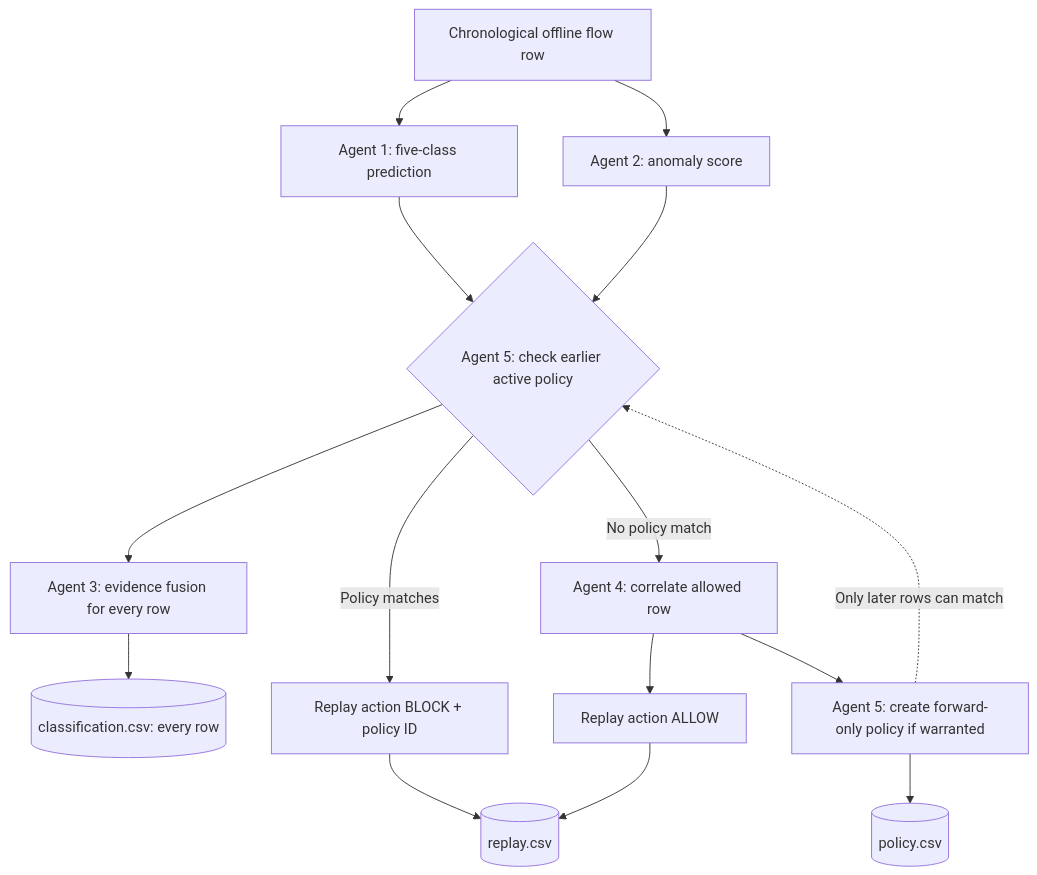
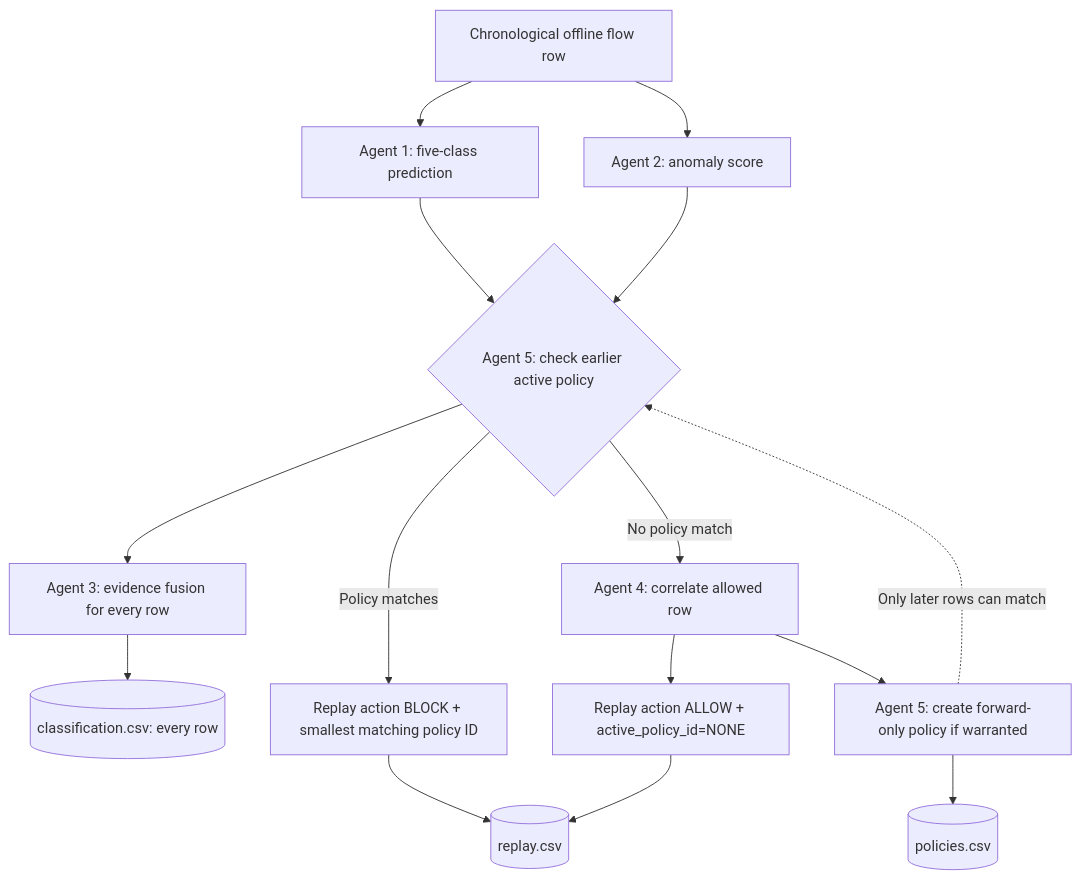
The diagram in docs/architecture.md (Aarush-JIIT-2030/jai), drawn with Mermaid before and after one commit. The commit also changed other lines of this file, not shown here.

Commit message:
docs: correct observed endpoint rules and exact Level 2 CSV architecture

````diff
--- a/docs/architecture.md
+++ b/docs/architecture.md
@@ -7,17 +7,17 @@
 ```mermaid
 flowchart TD
     A[Chronological offline flow row] --> D1[Agent 1: five-class prediction]
     A --> D2[Agent 2: anomaly score]
     D1 --> PF{Agent 5: check earlier active policy}
     D2 --> PF
     PF --> F3[Agent 3: evidence fusion for every row]
     F3 --> CLASS[(classification.csv: every row)]
-    PF -->|Policy matches| B[Replay action BLOCK + policy ID]
+    PF -->|Policy matches| B[Replay action BLOCK + smallest matching policy ID]
     PF -->|No policy match| C4[Agent 4: correlate allowed row]
     C4 --> R5[Agent 5: create forward-only policy if warranted]
-    R5 --> POLICY[(policy.csv)]
+    R5 --> POLICY[(policies.csv)]
     B --> REPLAY[(replay.csv)]
-    C4 --> ALLOW[Replay action ALLOW]
+    C4 --> ALLOW[Replay action ALLOW + active_policy_id=NONE]
     ALLOW --> REPLAY
     R5 -.->|Only later rows can match| PF
 ```
````
